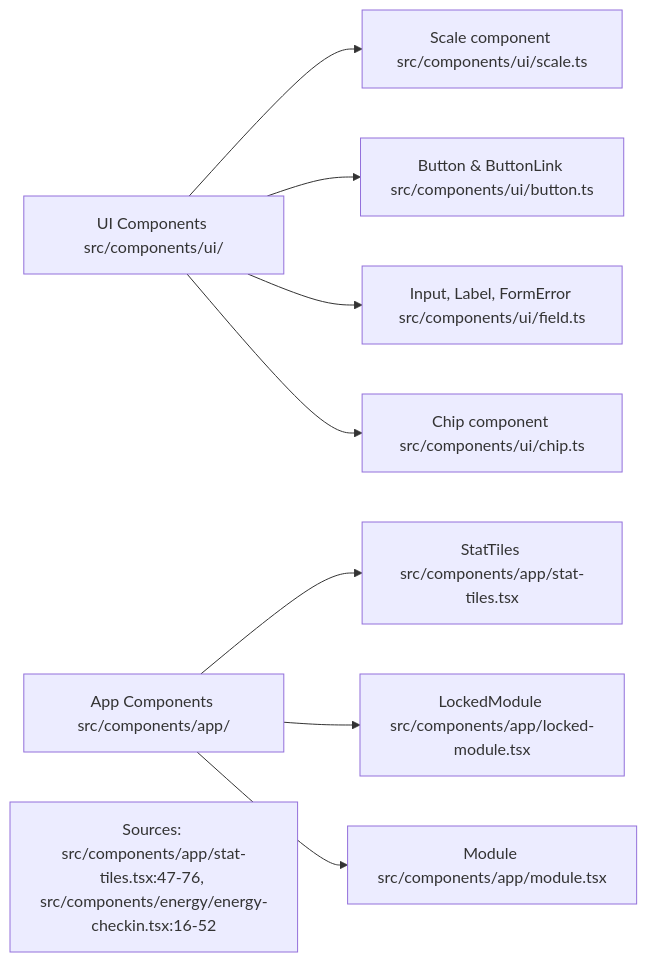
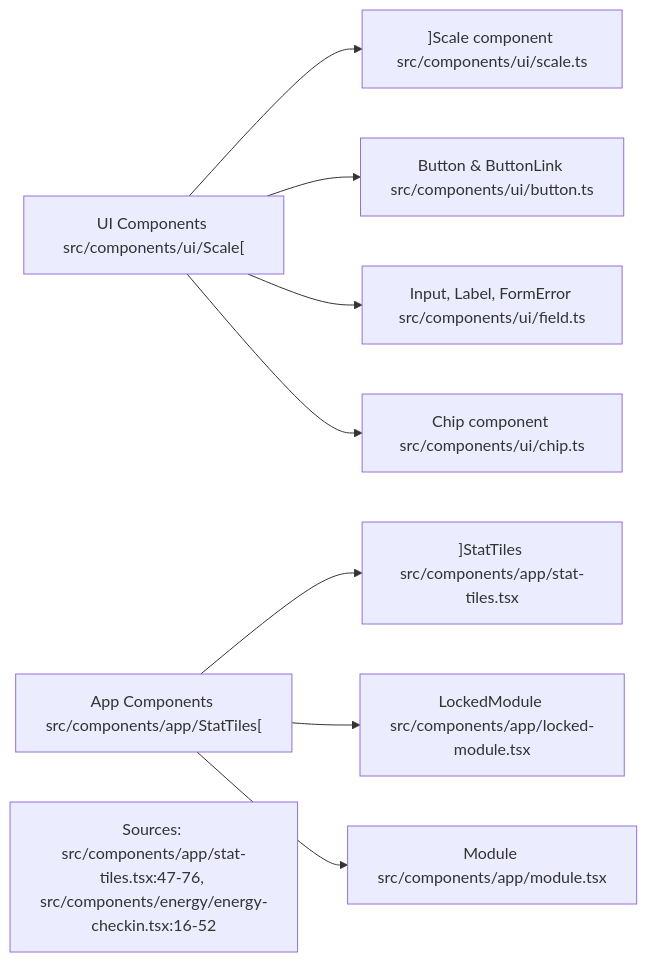
One commit to jarrettheflin/immune-fit-Devin-Wiki changed the third of 3 diagrams in pages/1.2-routing-app-shell.md. Above: the diagram before and after it, drawn with Mermaid. The commit also changed other lines of this file and 22 other files, not shown here.

Commit message:
Repair Mermaid syntax so all 67 diagrams render on GitHub

````diff
--- a/pages/1.2-routing-app-shell.md
+++ b/pages/1.2-routing-app-shell.md
@@ -139,13 +139,13 @@
 ```mermaid
 graph LR
-    UI_Lib["UI Components src/components/ui/"] --> Scale["Scale component src/components/ui/scale.ts"]
+    UI_Lib["UI Components src/components/ui/Scale["] --> Scale["]Scale component src/components/ui/scale.ts"]
     UI_Lib --> Button["Button & ButtonLink src/components/ui/button.ts"]
     UI_Lib --> Field["Input, Label, FormError src/components/ui/field.ts"]
     UI_Lib --> Chip["Chip component src/components/ui/chip.ts"]
 
-    App_Comps["App Components src/components/app/"] --> StatTiles["StatTiles src/components/app/stat-tiles.tsx"]
+    App_Comps["App Components src/components/app/StatTiles["] --> StatTiles["]StatTiles src/components/app/stat-tiles.tsx"]
     App_Comps --> LockedModule["LockedModule src/components/app/locked-module.tsx"]
     App_Comps --> Module["Module src/components/app/module.tsx"]
 
-    sub-graph-sources[Sources: src/components/app/stat-tiles.tsx:47-76, src/components/energy/energy-checkin.tsx:16-52]
+    Sources["Sources: src/components/app/stat-tiles.tsx:47-76, src/components/energy/energy-checkin.tsx:16-52"]
 ```
````
